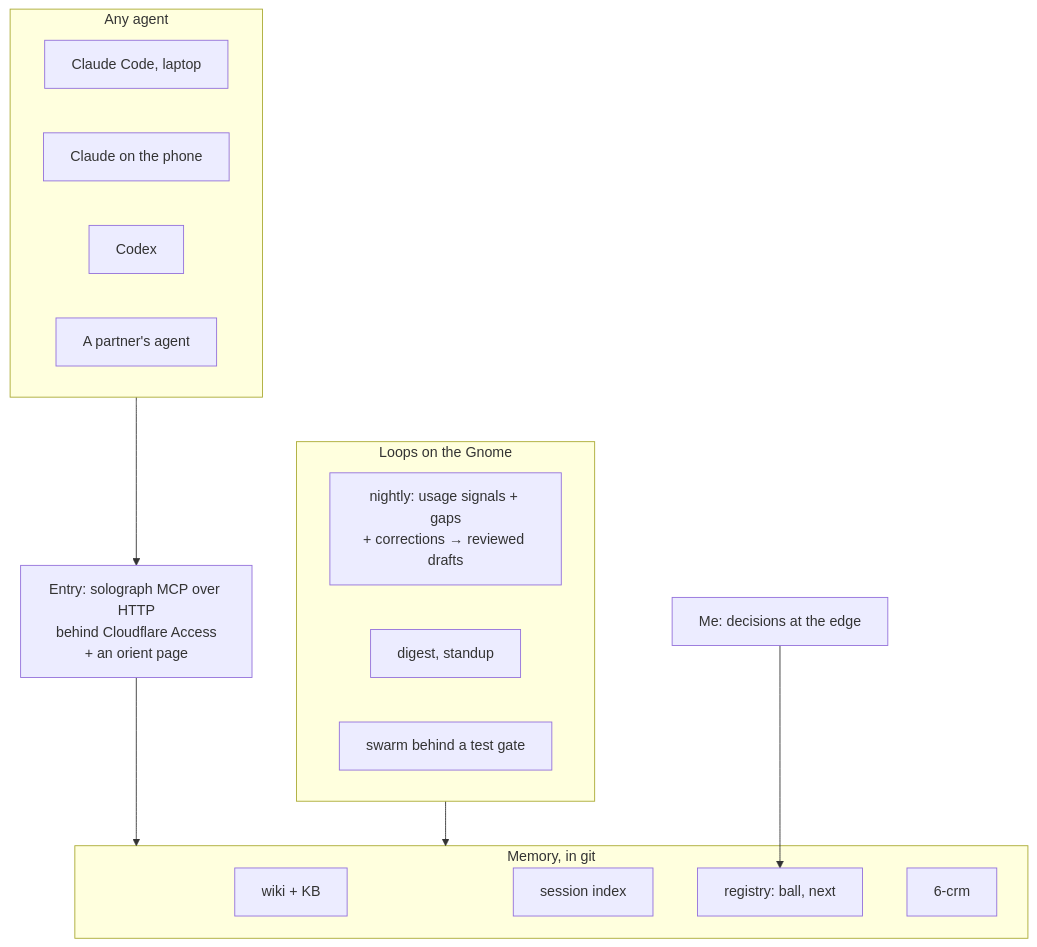
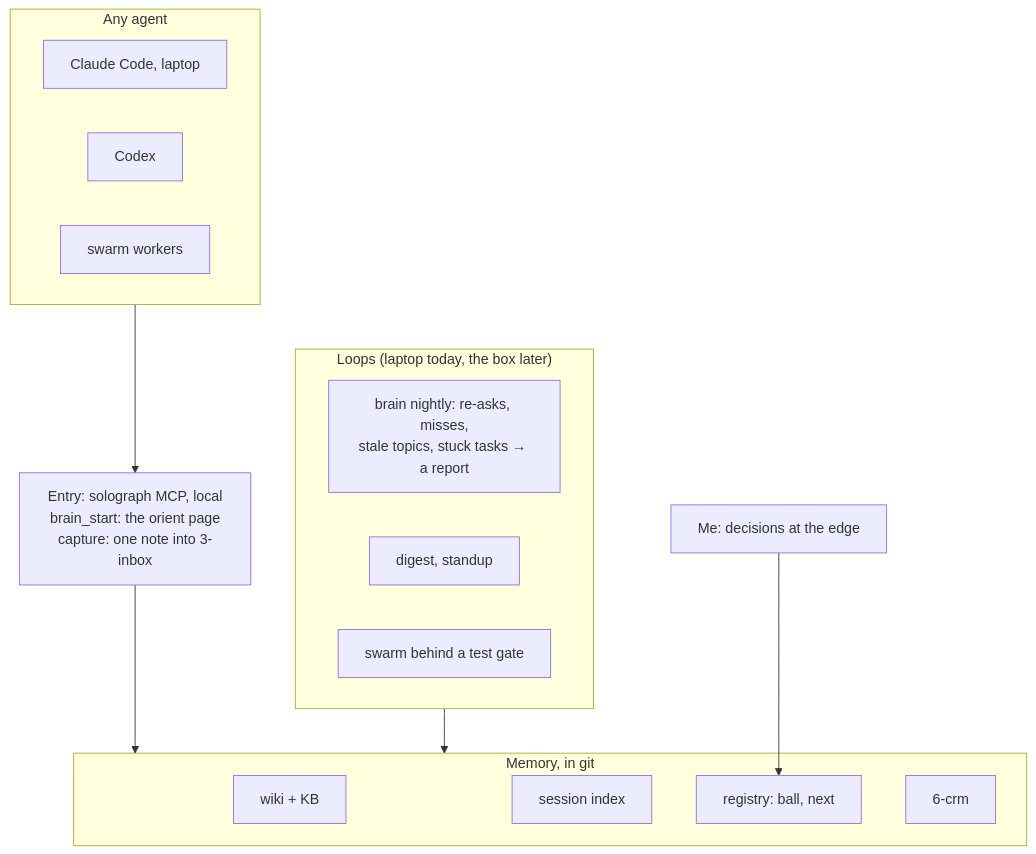
The third of 3 diagrams in src/content/wiki/company-brain.md (fortunto2/rustman-blog), drawn with Mermaid before and after one commit. The commit also changed other lines of this file and 23 other files, not shown here.

````diff
--- a/src/content/wiki/company-brain.md
+++ b/src/content/wiki/company-brain.md
@@ -221,24 +223,23 @@
 ```mermaid
 flowchart TB
   subgraph Cores["Any agent"]
     A1[Claude Code, laptop]
-    A2[Claude on the phone]
     A3[Codex]
-    A4[A partner's agent]
+    A4[swarm workers]
   end
-  E["Entry: solograph MCP over HTTP<br/>behind Cloudflare Access<br/>+ an orient page"]
+  E["Entry: solograph MCP, local<br/>brain_start: the orient page<br/>capture: one note into 3-inbox"]
   subgraph Mem["Memory, in git"]
     W[wiki + KB]
     SI[session index]
     R["registry: ball, next"]
     CR[6-crm]
   end
-  subgraph Loops["Loops on the Gnome"]
-    N["nightly: usage signals + gaps<br/>+ corrections → reviewed drafts"]
+  subgraph Loops["Loops (laptop today, the box later)"]
+    N["brain nightly: re-asks, misses,<br/>stale topics, stuck tasks → a report"]
     SD[digest, standup]
     SW[swarm behind a test gate]
   end
   Cores --> E --> Mem
   Loops --> Mem
   H["Me: decisions at the edge"] --> R
 ```
````
